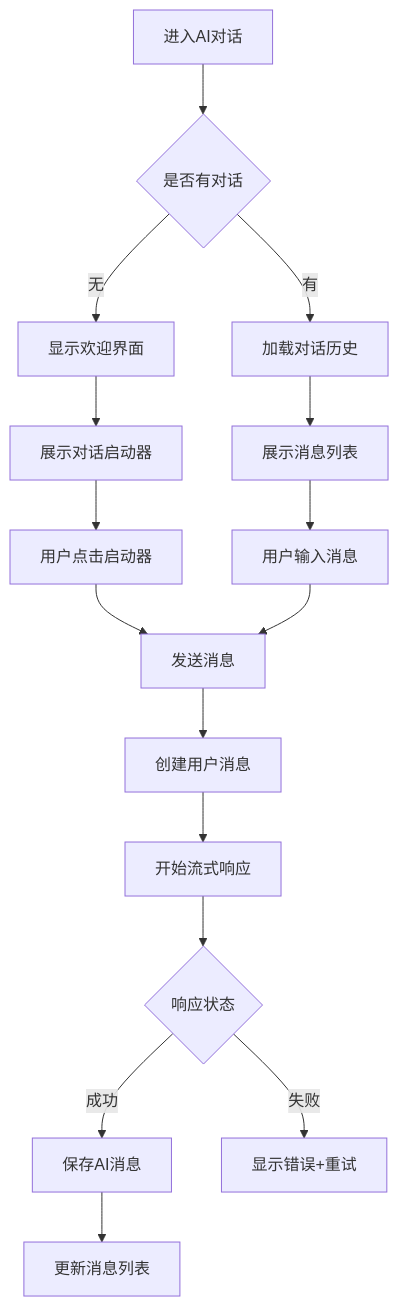
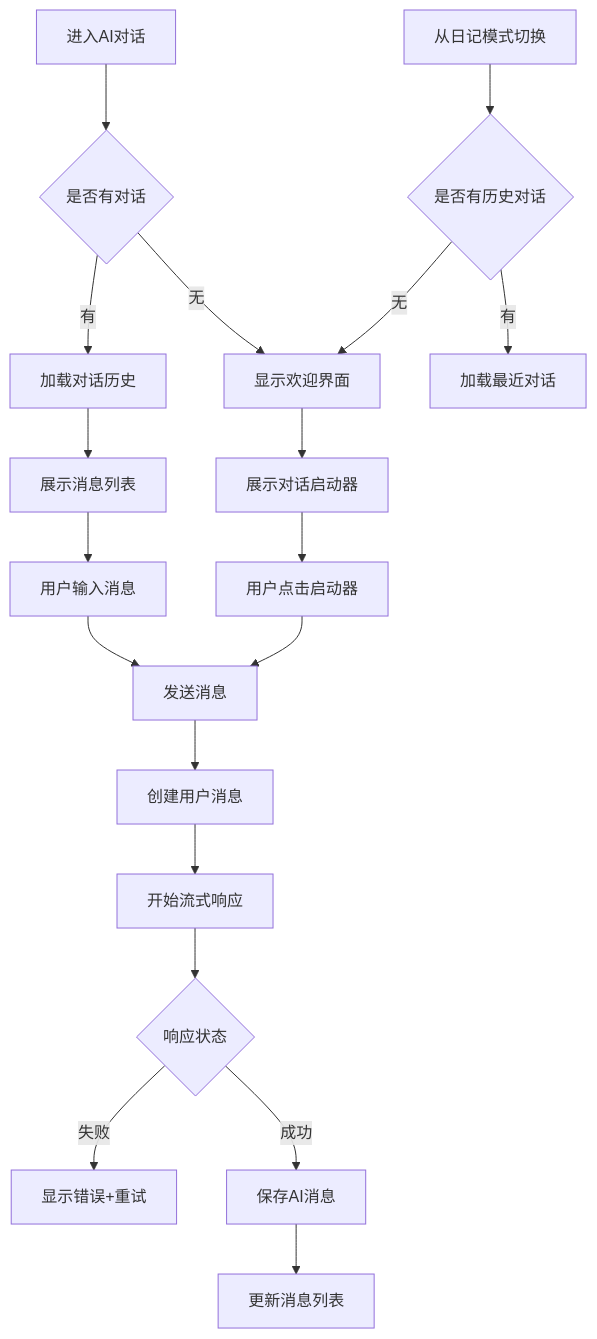
The first of 2 diagrams in Docs/features/ai-conversation.md (Hanyan179/zhijing), drawn with Mermaid before and after one commit. The commit also changed other lines of this file and 101 other files, not shown here.

````diff
--- a/Docs/features/ai-conversation.md
+++ b/Docs/features/ai-conversation.md
@@ -28,22 +28,26 @@
 ```mermaid
 flowchart TD
     A[进入AI对话] --> B{是否有对话}
     B -->|无| C[显示欢迎界面]
     B -->|有| D[加载对话历史]
     
     C --> E[展示对话启动器]
     E --> F[用户点击启动器]
     F --> G[发送消息]
     
     D --> H[展示消息列表]
     H --> I[用户输入消息]
     I --> G
     
     G --> J[创建用户消息]
     J --> K[开始流式响应]
     K --> L{响应状态}
     L -->|成功| M[保存AI消息]
     L -->|失败| N[显示错误+重试]
     
     M --> O[更新消息列表]
+    
+    P[从日记模式切换] --> Q{是否有历史对话}
+    Q -->|有| R[加载最近对话]
+    Q -->|无| C
 ```
````
